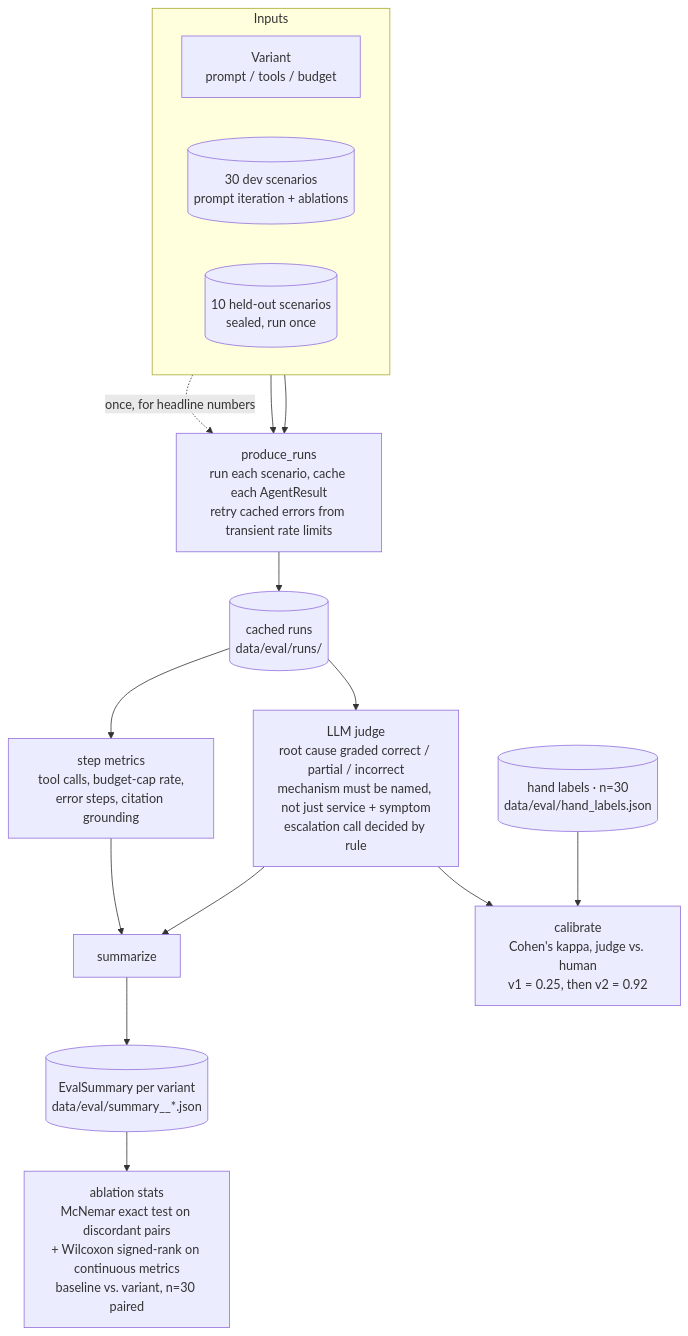
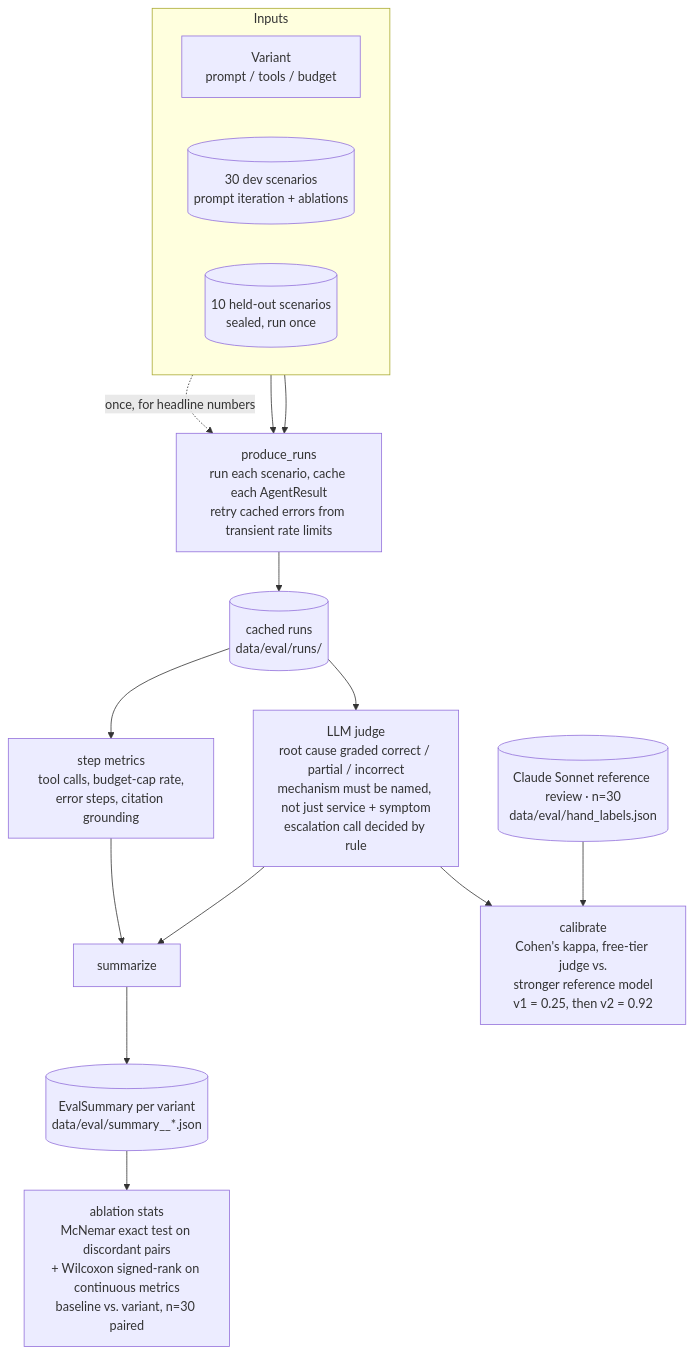
Before and after one commit to RiyaSriRallabandi/incident-triage-agent: the second of 2 diagrams in docs/architecture.md, drawn with Mermaid. The commit also changed other lines of this file and 7 other files, not shown here.

First line of the commit message:
Calibrate the judge against a stronger reference model

````diff
--- a/docs/architecture.md
+++ b/docs/architecture.md
@@ -62,26 +62,26 @@
 ```mermaid
 flowchart TB
     subgraph INPUTS[Inputs]
         direction LR
         V["Variant<br/>prompt / tools / budget"]
         SC[("30 dev scenarios<br/>prompt iteration + ablations")]
         HELD[("10 held-out scenarios<br/>sealed, run once")]
     end
 
     V --> PR["produce_runs<br/>run each scenario, cache each AgentResult<br/>retry cached errors from transient rate limits"]
     SC --> PR
     HELD -.->|"once, for headline numbers"| PR
     PR --> RUNS[("cached runs<br/>data/eval/runs/")]
 
     RUNS --> JUDGE["LLM judge<br/>root cause graded correct / partial / incorrect<br/>mechanism must be named, not just service + symptom<br/>escalation call decided by rule"]
     RUNS --> METRICS["step metrics<br/>tool calls, budget-cap rate,<br/>error steps, citation grounding"]
 
     JUDGE --> SUM[summarize]
     METRICS --> SUM
     SUM --> ES[("EvalSummary per variant<br/>data/eval/summary__*.json")]
 
-    HAND[("hand labels · n=30<br/>data/eval/hand_labels.json")] --> CAL
-    JUDGE --> CAL["calibrate<br/>Cohen's kappa, judge vs. human<br/>v1 = 0.25, then v2 = 0.92"]
+    HAND[("Claude Sonnet reference review · n=30<br/>data/eval/hand_labels.json")] --> CAL
+    JUDGE --> CAL["calibrate<br/>Cohen's kappa, free-tier judge vs.<br/>stronger reference model<br/>v1 = 0.25, then v2 = 0.92"]
 
     ES --> AB["ablation stats<br/>McNemar exact test on discordant pairs<br/>+ Wilcoxon signed-rank on continuous metrics<br/>baseline vs. variant, n=30 paired"]
 ```
````
